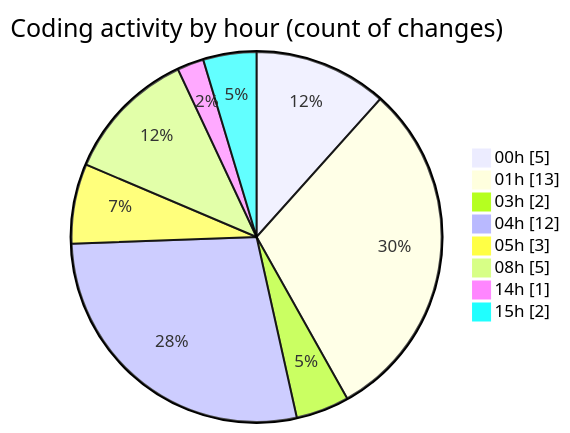
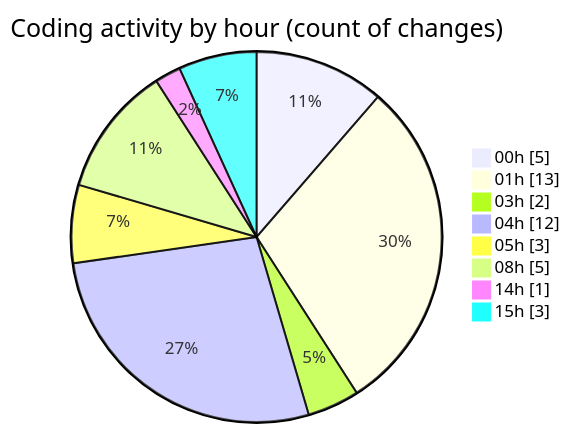
Before and after one commit to jadenblack/code-tracking: the second of 2 diagrams in 2026-02-27/shadcn-admin-kit-main__workspace_/README.md, drawn with Mermaid. The commit also changed other lines of this file and 1 other file, not shown here.

````diff
--- a/2026-02-27/shadcn-admin-kit-main__workspace_/README.md
+++ b/2026-02-27/shadcn-admin-kit-main__workspace_/README.md
@@ -42,12 +42,12 @@
 ```mermaid
 pie showData
 title Coding activity by hour (count of changes)
 "00h" : 5
 "01h" : 13
 "03h" : 2
 "04h" : 12
 "05h" : 3
 "08h" : 5
 "14h" : 1
-"15h" : 2
+"15h" : 3
 ```
````
